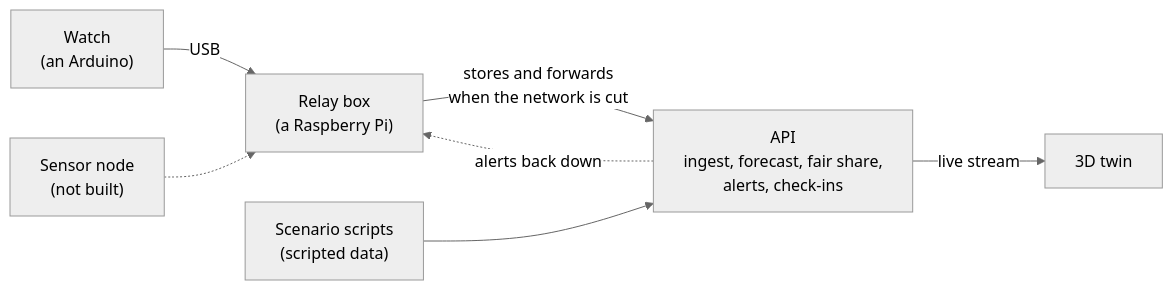
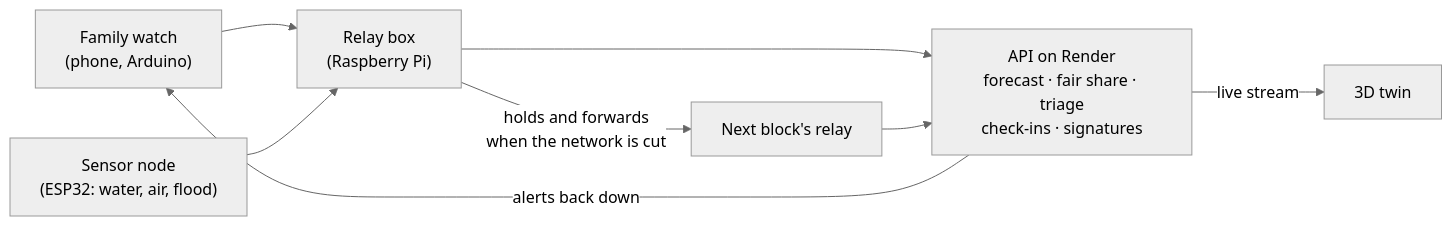
One commit to anudeep-bonagiri/hollow-twin changed the diagram in README.md. Above: the diagram before and after it, drawn with Mermaid (neutral theme). The commit also changed other lines of this file and 1 other file, not shown here.

````diff
--- a/README.md
+++ b/README.md
@@ -48,9 +51,10 @@
 ```mermaid
 flowchart LR
-  W["Watch<br/>(an Arduino)"] -- "USB" --> R["Relay box<br/>(a Raspberry Pi)"]
-  S["Sensor node<br/>(not built)"] -.-> R
-  R -- "stores and forwards<br/>when the network is cut" --> A
-  X["Scenario scripts<br/>(scripted data)"] --> A["API<br/>ingest, forecast, fair share,<br/>alerts, check-ins"]
+  W["Family watch<br/>(phone, Arduino)"] --> R["Relay box<br/>(Raspberry Pi)"]
+  S["Sensor node<br/>(ESP32: water, air, flood)"] --> R
+  R -- "holds and forwards<br/>when the network is cut" --> R2["Next block's relay"]
+  R --> A["API on Render<br/>forecast · fair share · triage<br/>check-ins · signatures"]
+  R2 --> A
   A -- "live stream" --> T["3D twin"]
-  A -. "alerts back down" .-> R
+  A -- "alerts back down" --> W
 ```
````
